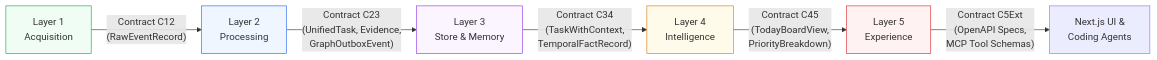
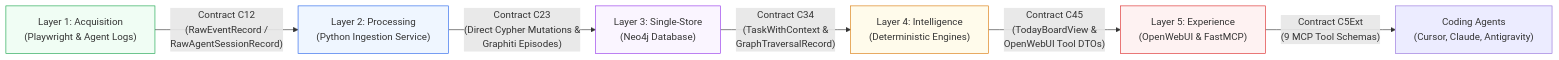
The diagram in docs/architecture/synchronization-contracts.md (nxc1802/Personal_Task_Board), drawn with Mermaid before and after one commit. The commit also changed other lines of this file and 8 other files, not shown here.

First line of the commit message:
docs: re-architect project to Lean Local-First edition

````diff
--- a/docs/architecture/synchronization-contracts.md
+++ b/docs/architecture/synchronization-contracts.md
@@ -9,14 +9,14 @@
 ```mermaid
 flowchart LR
-    L1["Layer 1<br/>Acquisition"] -->|"Contract C12<br/>(RawEventRecord)"| L2["Layer 2<br/>Processing"]
-    L2 -->|"Contract C23<br/>(UnifiedTask, Evidence,<br/>GraphOutboxEvent)"| L3["Layer 3<br/>Store & Memory"]
-    L3 -->|"Contract C34<br/>(TaskWithContext,<br/>TemporalFactRecord)"| L4["Layer 4<br/>Intelligence"]
-    L4 -->|"Contract C45<br/>(TodayBoardView,<br/>PriorityBreakdown)"| L5["Layer 5<br/>Experience"]
-    L5 -->|"Contract C5Ext<br/>(OpenAPI Specs,<br/>MCP Tool Schemas)"| External["Next.js UI &<br/>Coding Agents"]
+    L1["Layer 1: Acquisition<br/>(Playwright & Agent Logs)"] -->|"Contract C12<br/>(RawEventRecord /<br/>RawAgentSessionRecord)"| L2["Layer 2: Processing<br/>(Python Ingestion Service)"]
+    L2 -->|"Contract C23<br/>(Direct Cypher Mutations &<br/>Graphiti Episodes)"| L3["Layer 3: Single-Store<br/>(Neo4j Database)"]
+    L3 -->|"Contract C34<br/>(TaskWithContext &<br/>GraphTraversalRecord)"| L4["Layer 4: Intelligence<br/>(Deterministic Engines)"]
+    L4 -->|"Contract C45<br/>(TodayBoardView &<br/>OpenWebUI Tool DTOs)"| L5["Layer 5: Experience<br/>(OpenWebUI & FastMCP)"]
+    L5 -->|"Contract C5Ext<br/>(9 MCP Tool Schemas)"| External["Coding Agents<br/>(Cursor, Claude, Antigravity)"]
 
     style L1 fill:#F0FDF4,stroke:#16A34A
     style L2 fill:#EFF6FF,stroke:#2563EB
     style L3 fill:#FAF5FF,stroke:#9333EA
     style L4 fill:#FFFBEB,stroke:#D97706
     style L5 fill:#FEF2F2,stroke:#DC2626
 ```
````
